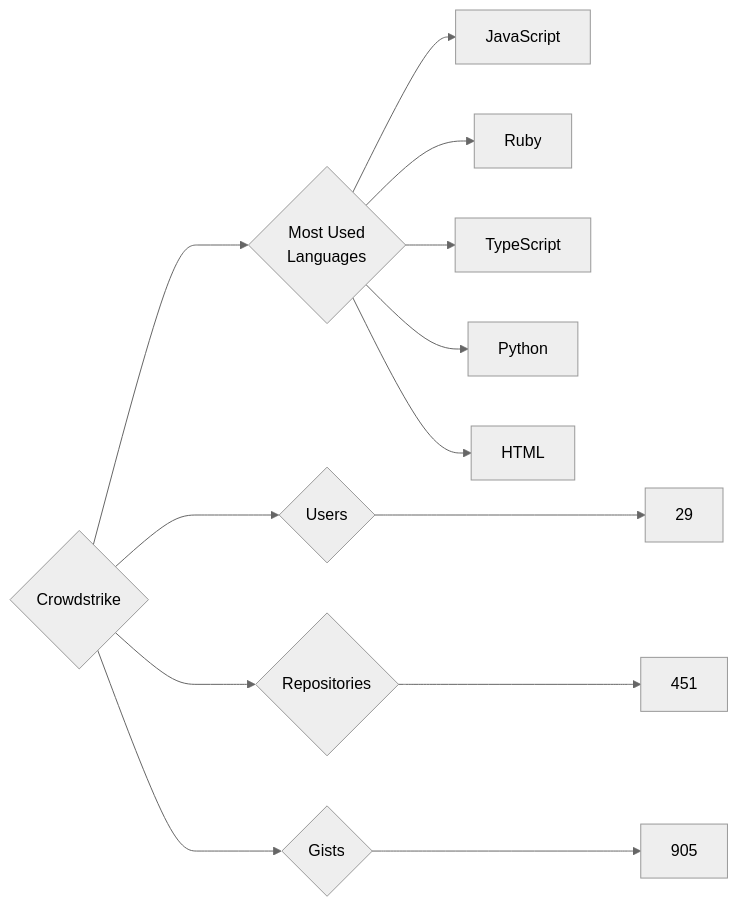
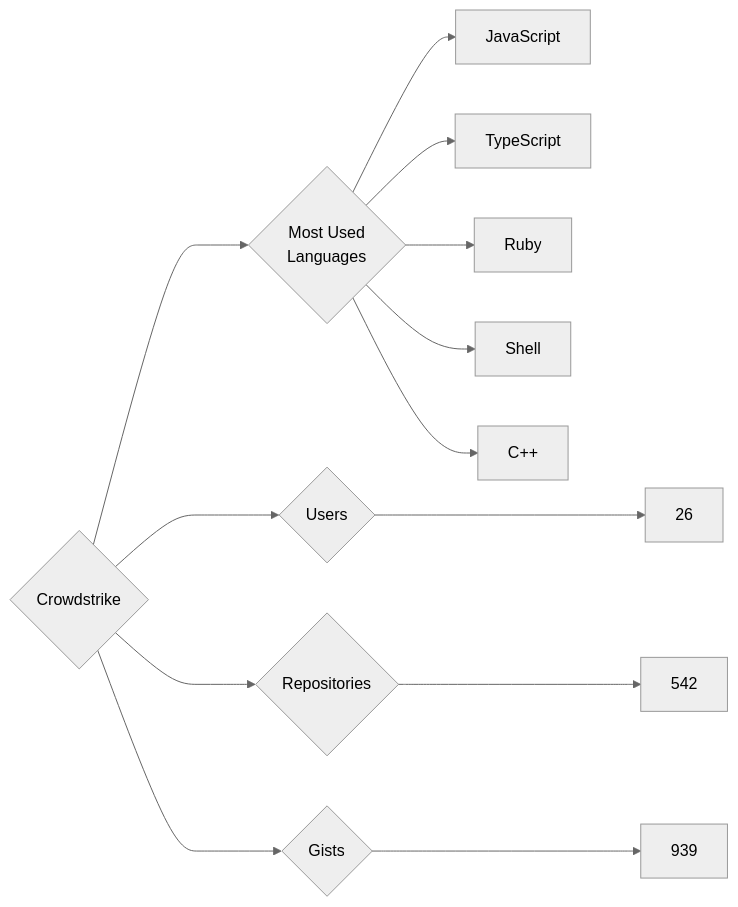
One commit to trickest/insiders changed the diagram in targets/Crowdstrike/README.md. Above: the diagram before and after it, drawn with Mermaid (neutral theme). The commit also changed 1314 other files, not shown here.

````diff
--- a/targets/Crowdstrike/README.md
+++ b/targets/Crowdstrike/README.md
@@ -3,13 +3,13 @@
 ```mermaid
 graph LR
 COMPANY_NAME{Crowdstrike}
-COMPANY_NAME ---> U{Users} ---> UN[29]
-COMPANY_NAME ---> R{Repositories} ---> RN[451]
-COMPANY_NAME ---> G{Gists} ---> GN[905]
+COMPANY_NAME ---> U{Users} ---> UN[26]
+COMPANY_NAME ---> R{Repositories} ---> RN[542]
+COMPANY_NAME ---> G{Gists} ---> GN[939]
 COMPANY_NAME ---> ML{Most Used<br>Languages}
 ML --> JavaScript[JavaScript]
+ML --> TypeScript[TypeScript]
 ML --> Ruby[Ruby]
-ML --> TypeScript[TypeScript]
-ML --> Python[Python]
-ML --> HTML[HTML]
+ML --> Shell[Shell]
+ML --> C++[C++]
 ```
````
